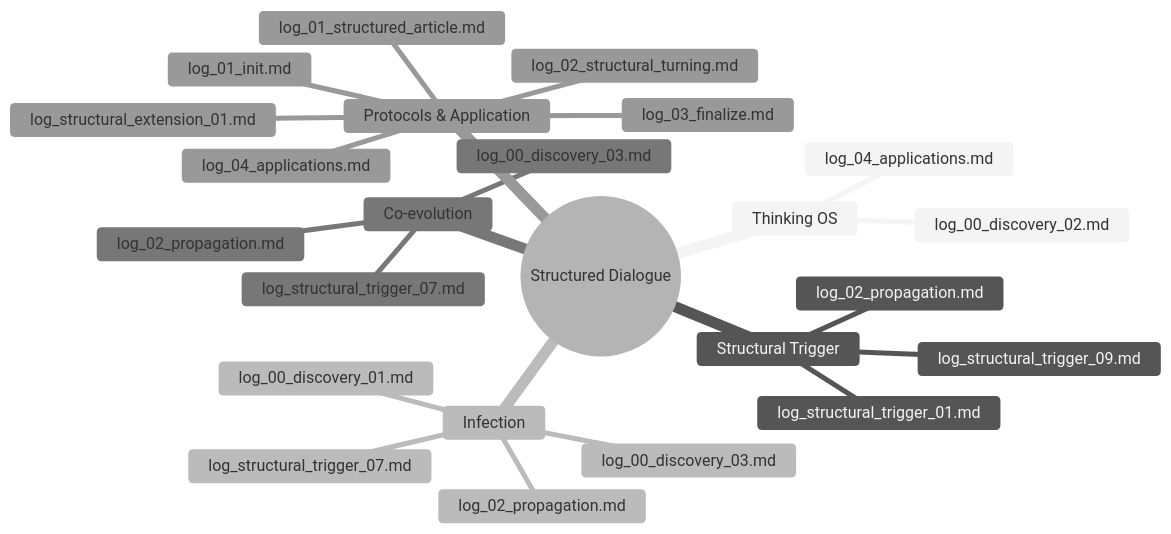
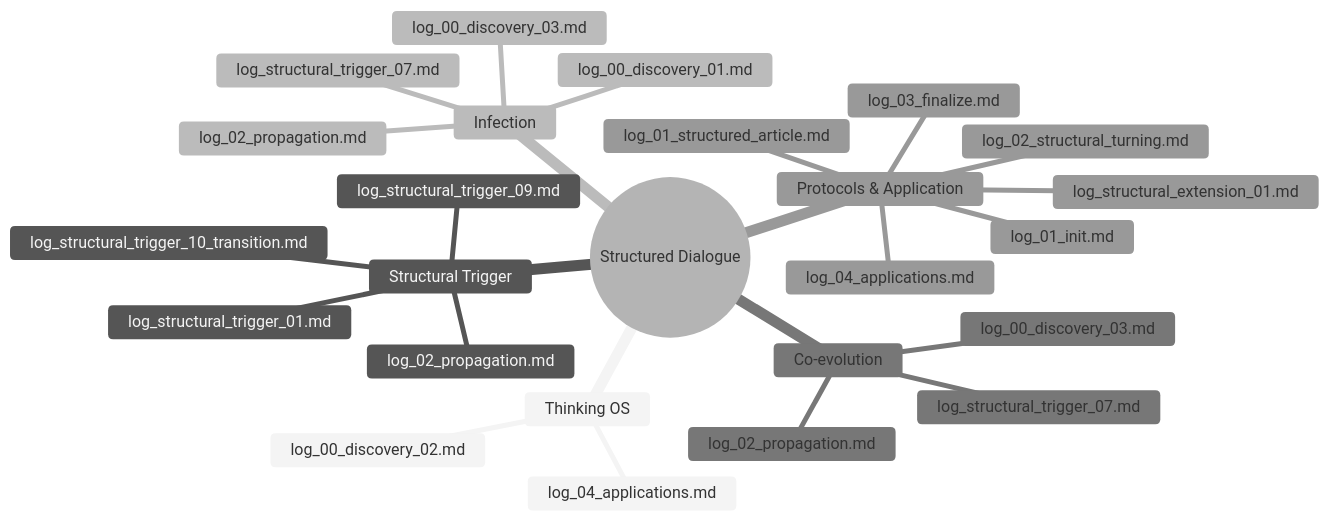
The diagram in logs/log_index.md (dvcampanula/structured-dialogue), drawn with Mermaid (neutral theme) before and after one commit. The commit also changed other lines of this file and 2 other files, not shown here.

````diff
--- a/logs/log_index.md
+++ b/logs/log_index.md
@@ -7,27 +7,28 @@
 ```mermaid
 mindmap
   root((Structured Dialogue))
     Thinking OS
       log_00_discovery_02.md
       log_04_applications.md
     Structural Trigger
       log_structural_trigger_01.md
       log_structural_trigger_09.md
+      log_structural_trigger_10_transition.md
       log_02_propagation.md
     Infection
       log_00_discovery_01.md
       log_00_discovery_03.md
       log_02_propagation.md
       log_structural_trigger_07.md
     Co-evolution
       log_00_discovery_03.md
       log_02_propagation.md
       log_structural_trigger_07.md
     Protocols & Application
       log_01_init.md
       log_01_structured_article.md
       log_02_structural_turning.md
       log_03_finalize.md
       log_04_applications.md
       log_structural_extension_01.md
 ```
````
